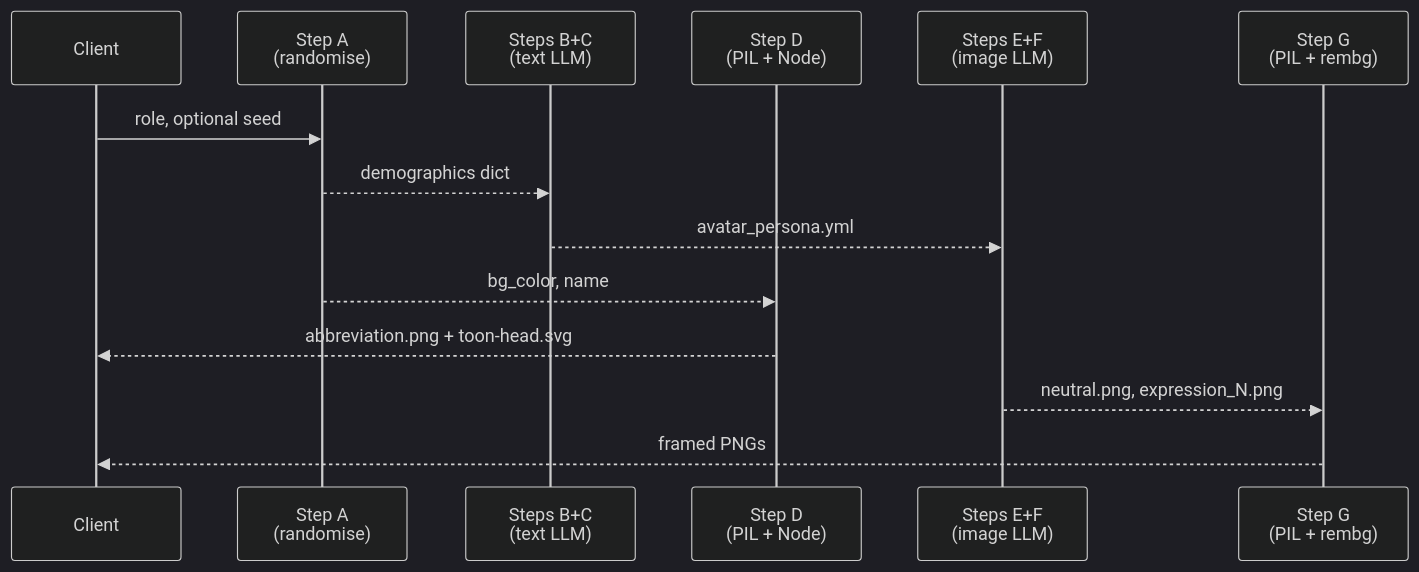
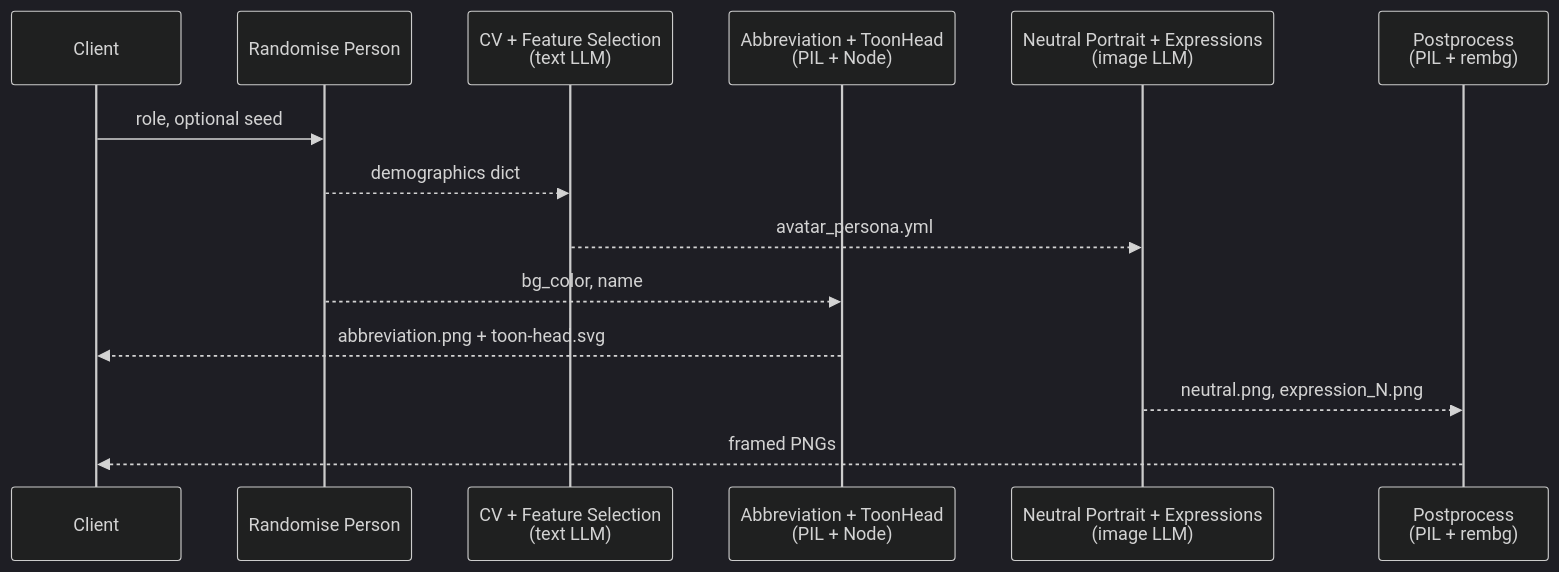
The second of 2 diagrams in docs/software/architecture.md (E-Brons/avatar-studio), drawn with Mermaid (dark theme) before and after one commit. The commit also changed other lines of this file and 35 other files, not shown here.

````diff
--- a/docs/software/architecture.md
+++ b/docs/software/architecture.md
@@ -117,17 +124,17 @@
 ```mermaid
 sequenceDiagram
     participant Client
-    participant StepA as Step A<br>(randomise)
-    participant StepBC as Steps B+C<br>(text LLM)
-    participant StepD as Step D<br>(PIL + Node)
-    participant StepEF as Steps E+F<br>(image LLM)
-    participant StepG as Step G<br>(PIL + rembg)
+    participant RandPhase as Randomise Person
+    participant TextPhase as CV + Feature Selection<br>(text LLM)
+    participant ProgPhase as Abbreviation + ToonHead<br>(PIL + Node)
+    participant ImgPhase as Neutral Portrait + Expressions<br>(image LLM)
+    participant PostPhase as Postprocess<br>(PIL + rembg)
 
-    Client->>StepA: role, optional seed
-    StepA-->>StepBC: demographics dict
-    StepBC-->>StepEF: avatar_persona.yml
-    StepA-->>StepD: bg_color, name
-    StepD-->>Client: abbreviation.png + toon-head.svg
-    StepEF-->>StepG: neutral.png, expression_N.png
-    StepG-->>Client: framed PNGs
+    Client->>RandPhase: role, optional seed
+    RandPhase-->>TextPhase: demographics dict
+    TextPhase-->>ImgPhase: avatar_persona.yml
+    RandPhase-->>ProgPhase: bg_color, name
+    ProgPhase-->>Client: abbreviation.png + toon-head.svg
+    ImgPhase-->>PostPhase: neutral.png, expression_N.png
+    PostPhase-->>Client: framed PNGs
 ```
````
